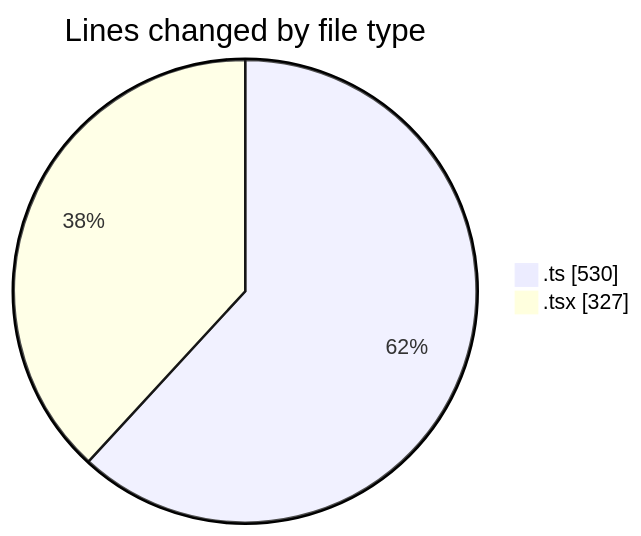
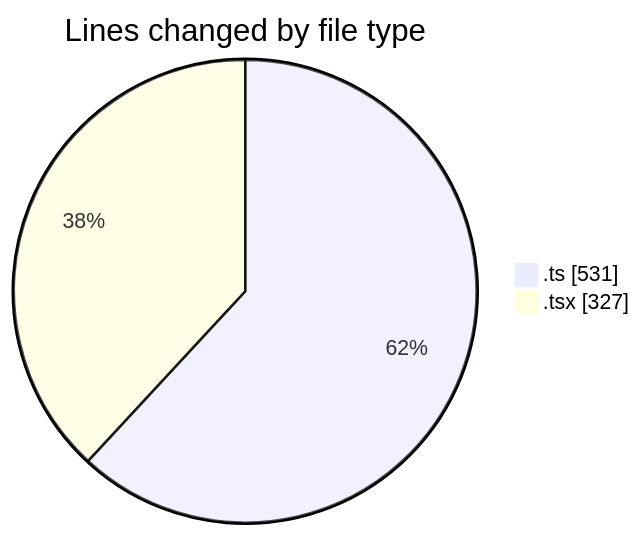
One commit to momahboobian/code-tracking changed the first of 2 diagrams in 2025-09-02/cda/README.md. Above: the diagram before and after it, drawn with Mermaid. The commit also changed other lines of this file and 1 other file, not shown here.

````diff
--- a/2025-09-02/cda/README.md
+++ b/2025-09-02/cda/README.md
@@ -27,6 +27,6 @@
 ```mermaid
 pie showData
 title Lines changed by file type
-".ts" : 530
+".ts" : 531
 ".tsx" : 327
 ```
````
